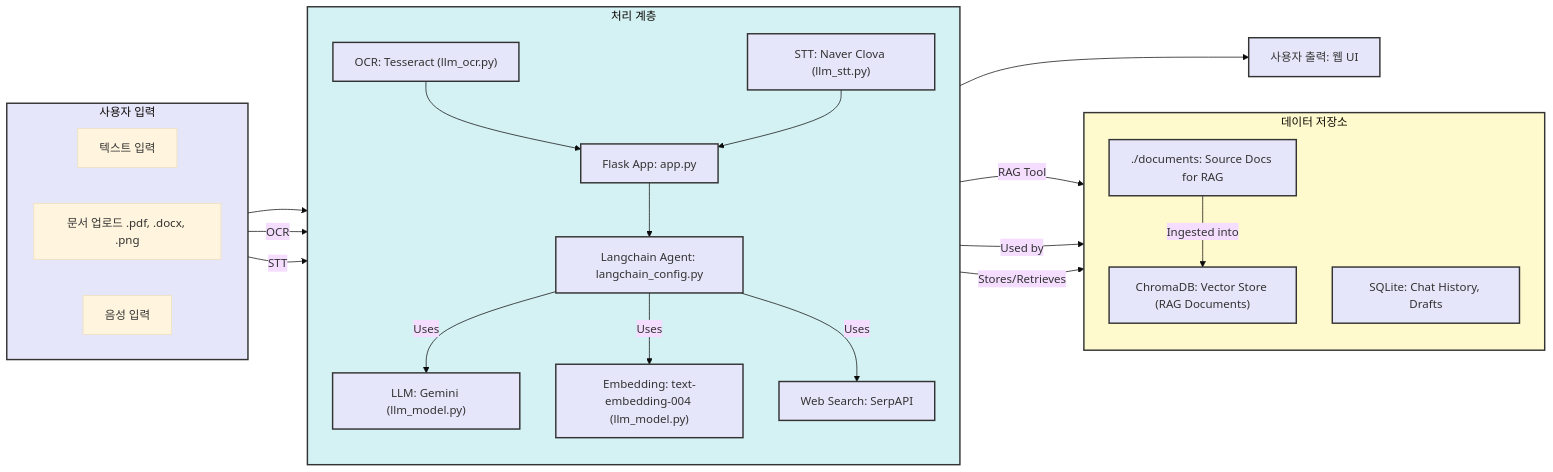
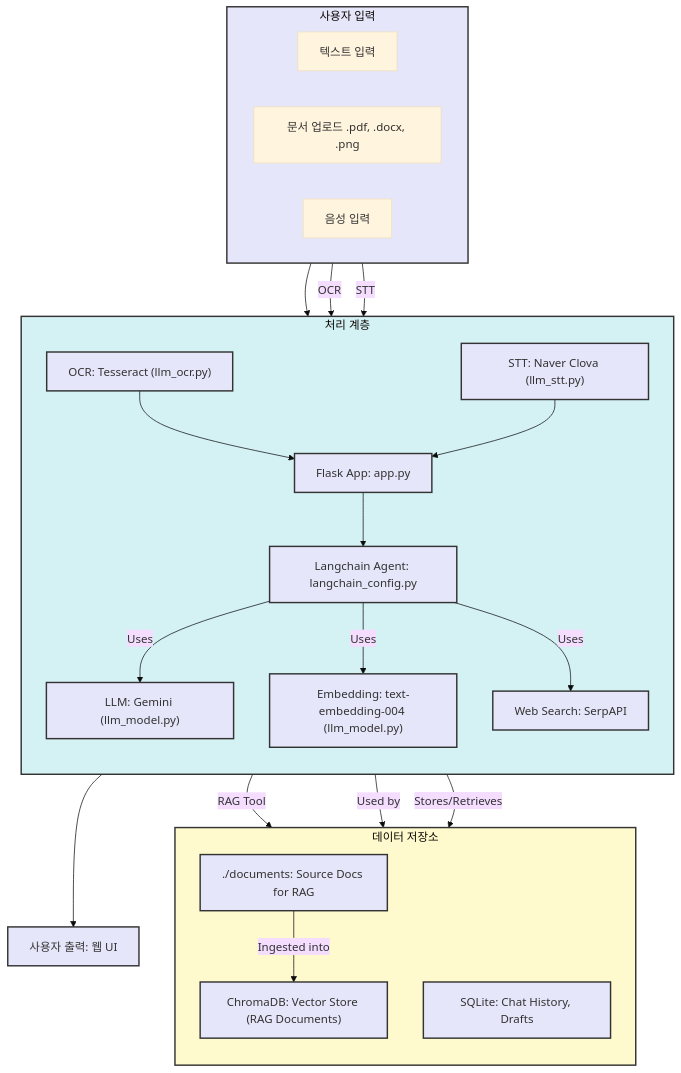
Before and after one commit to Fulish0707/LegalAssistant: the diagram in README.md, drawn with Mermaid (base theme).

Commit message:
changed readme to topdown

````diff
--- a/README.md
+++ b/README.md
@@ -54,52 +54,52 @@
 ```mermaid
-graph LR
+graph TD
     subgraph UserInput["사용자 입력"]
         direction LR
         UI_Text[텍스트 입력]
         UI_DocUpload[문서 업로드 .pdf, .docx, .png]
         UI_Audio[음성 입력]
     end
 
     subgraph Processing["처리 계층"]
         direction TB
         P_Flask["Flask App: app.py"]
         P_Langchain["Langchain Agent: langchain_config.py"]
         P_LLM["LLM: Gemini (llm_model.py)"]
         P_Embed["Embedding: text-embedding-004 (llm_model.py)"]
         P_OCR["OCR: Tesseract (llm_ocr.py)"]
         P_STT["STT: Naver Clova (llm_stt.py)"]
         P_SerpAPI["Web Search: SerpAPI"]
     end
 
     subgraph DataStorage["데이터 저장소"]
         direction TB
         DS_Chroma["ChromaDB: Vector Store (RAG Documents)"]
         DS_SQLite["SQLite: Chat History, Drafts"]
         DS_Docs["./documents: Source Docs for RAG"]
     end
 
     UI_Text --> P_Flask
     UI_DocUpload -- OCR --> P_OCR --> P_Flask
     UI_Audio -- STT --> P_STT --> P_Flask
 
     P_Flask --> P_Langchain
     P_Langchain -- Uses --> P_LLM
     P_Langchain -- Uses --> P_Embed
     P_Langchain -- Uses --> P_SerpAPI
     P_Langchain -- RAG Tool --> DS_Chroma
 
     DS_Docs -- Ingested into --> DS_Chroma
     P_Embed -- Used by --> DS_Chroma
 
     P_Flask -- Stores/Retrieves --> DS_SQLite
 
     P_LLM --> UserOutput["사용자 출력: 웹 UI"]
 
     classDef user fill:#E6E6FA,stroke:#333,stroke-width:2px;
     classDef processing fill:#D4F1F4,stroke:#333,stroke-width:2px;
     classDef data fill:#FFFACD,stroke:#333,stroke-width:2px;
 
     class UserInput,P_Flask,P_Langchain,P_LLM,P_Embed,P_OCR,P_STT,P_SerpAPI,DS_Chroma,DS_SQLite,DS_Docs,UserOutput user
     class Processing processing
     class DataStorage data
 ```
````
